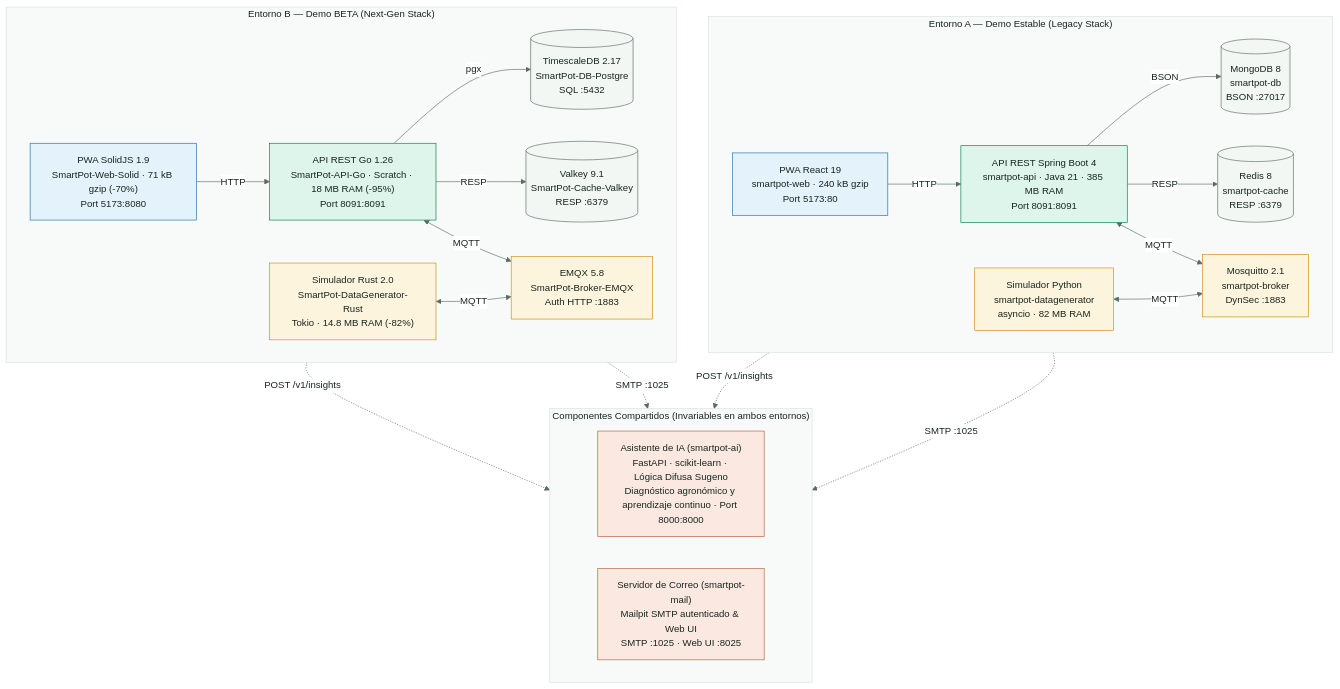
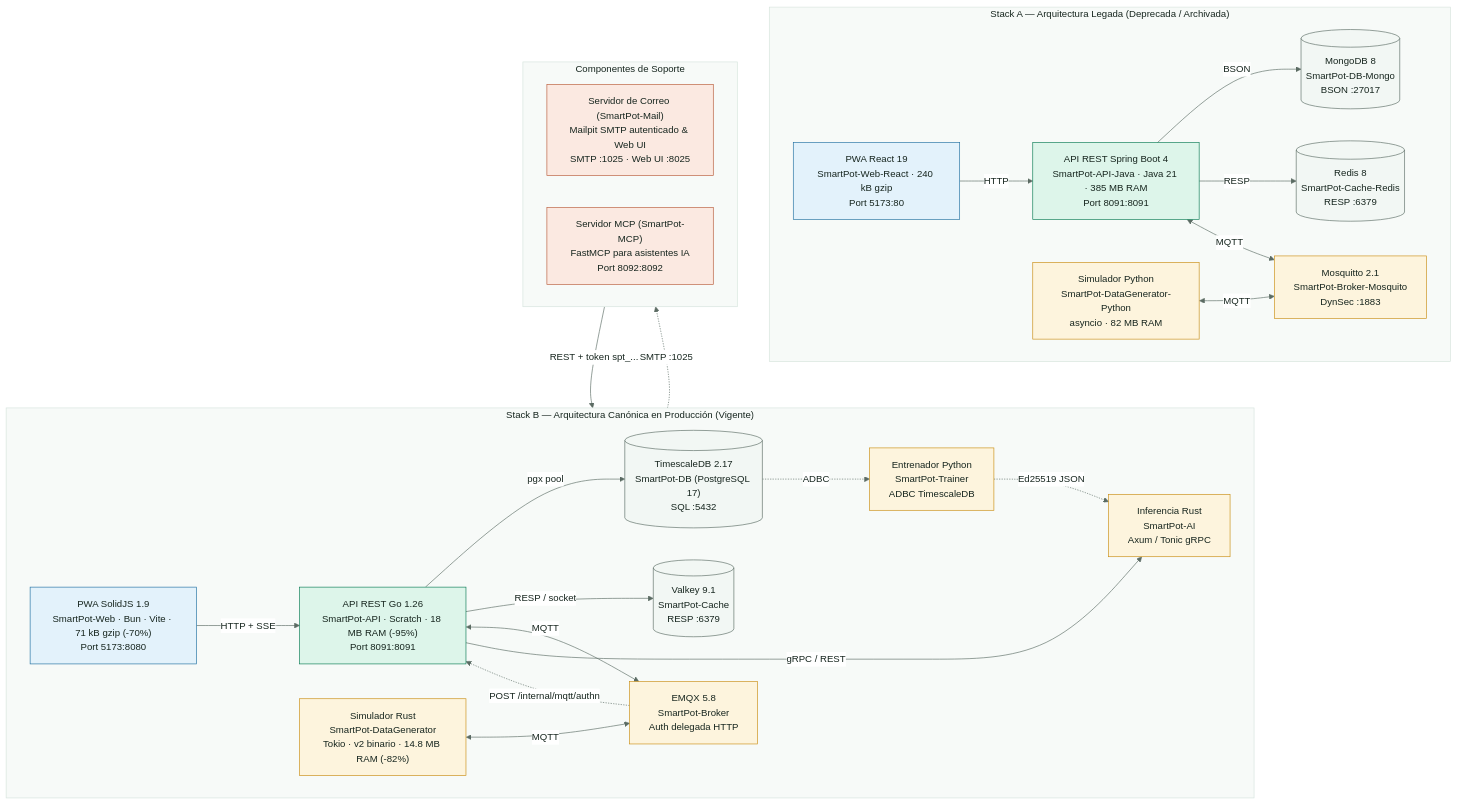
Before and after one commit to SmartPotTech/.github: the first of 3 diagrams in docs/SmartPot_QA_Audit_AB.md, drawn with Mermaid. The commit also changed other lines of this file and 21 other files, not shown here.

Commit message:
Update platform documentation and architecture diagrams for production Stack B [skip deploy] #no-deploy

````diff
--- a/docs/SmartPot_QA_Audit_AB.md
+++ b/docs/SmartPot_QA_Audit_AB.md
@@ -71,58 +71,62 @@
 ```mermaid
 %%{init: {"theme": "base", "fontFamily": "Segoe UI, Arial, sans-serif", "themeVariables": {"fontFamily": "Segoe UI, Arial, sans-serif", "fontSize": "15px", "primaryColor": "#DDF5EA", "primaryTextColor": "#17261F", "primaryBorderColor": "#067A52", "secondaryColor": "#E3F2FB", "secondaryTextColor": "#17261F", "secondaryBorderColor": "#1F6FA0", "tertiaryColor": "#F2F7F4", "tertiaryTextColor": "#17261F", "tertiaryBorderColor": "#D5E3DC", "lineColor": "#5B6B63", "textColor": "#17261F", "mainBkg": "#DDF5EA", "nodeBorder": "#067A52", "clusterBkg": "#F7FAF8", "clusterBorder": "#D5E3DC", "edgeLabelBackground": "#FFFFFF", "actorBkg": "#067A52", "actorBorder": "#0B3D2B", "actorTextColor": "#FFFFFF", "actorLineColor": "#5B6B63", "signalColor": "#17261F", "signalTextColor": "#17261F", "labelBoxBkgColor": "#0B3D2B", "labelBoxBorderColor": "#0B3D2B", "labelTextColor": "#FFFFFF", "loopTextColor": "#0B3D2B", "noteBkgColor": "#FDF4DD", "noteBorderColor": "#C98D12", "noteTextColor": "#17261F", "activationBkgColor": "#DDF5EA", "activationBorderColor": "#067A52", "attributeBackgroundColorOdd": "#FFFFFF", "attributeBackgroundColorEven": "#F2F7F4"}}}%%
 flowchart TB
-  subgraph STACK_A["Entorno A — Demo Estable (Legacy Stack)"]
+  subgraph STACK_A["Stack A — Arquitectura Legada (Deprecada / Archivada)"]
     direction LR
-    A_WEB["PWA React 19<br/>smartpot-web · 240 kB gzip<br/>Port 5173:80"]
-    A_API["API REST Spring Boot 4<br/>smartpot-api · Java 21 · 385 MB RAM<br/>Port 8091:8091"]
-    A_DB[("MongoDB 8<br/>smartpot-db<br/>BSON :27017")]
-    A_CACHE[("Redis 8<br/>smartpot-cache<br/>RESP :6379")]
-    A_BROKER["Mosquitto 2.1<br/>smartpot-broker<br/>DynSec :1883"]
-    A_SIM["Simulador Python<br/>smartpot-datagenerator<br/>asyncio · 82 MB RAM"]
+    A_WEB["PWA React 19<br/>SmartPot-Web-React · 240 kB gzip<br/>Port 5173:80"]
+    A_API["API REST Spring Boot 4<br/>SmartPot-API-Java · Java 21 · 385 MB RAM<br/>Port 8091:8091"]
+    A_DB[("MongoDB 8<br/>SmartPot-DB-Mongo<br/>BSON :27017")]
+    A_CACHE[("Redis 8<br/>SmartPot-Cache-Redis<br/>RESP :6379")]
+    A_BROKER["Mosquitto 2.1<br/>SmartPot-Broker-Mosquito<br/>DynSec :1883"]
+    A_SIM["Simulador Python<br/>SmartPot-DataGenerator-Python<br/>asyncio · 82 MB RAM"]
 
     A_WEB -->|HTTP| A_API
     A_API -->|BSON| A_DB
     A_API -->|RESP| A_CACHE
     A_API <-->|MQTT| A_BROKER
     A_SIM <-->|MQTT| A_BROKER
   end
 
-  subgraph SHARED["Componentes Compartidos (Invariables en ambos entornos)"]
+  subgraph STACK_B["Stack B — Arquitectura Canónica en Producción (Vigente)"]
     direction LR
-    S_AI["Asistente de IA (smartpot-ai)<br/>FastAPI · scikit-learn · Lógica Difusa Sugeno<br/>Diagnóstico agronómico y aprendizaje continuo · Port 8000:8000"]
-    S_MAIL["Servidor de Correo (smartpot-mail)<br/>Mailpit SMTP autenticado & Web UI<br/>SMTP :1025 · Web UI :8025"]
+    B_WEB["PWA SolidJS 1.9<br/>SmartPot-Web · Bun · Vite · 71 kB gzip (-70%)<br/>Port 5173:8080"]
+    B_API["API REST Go 1.26<br/>SmartPot-API · Scratch · 18 MB RAM (-95%)<br/>Port 8091:8091"]
+    B_DB[("TimescaleDB 2.17<br/>SmartPot-DB (PostgreSQL 17)<br/>SQL :5432")]
+    B_CACHE[("Valkey 9.1<br/>SmartPot-Cache<br/>RESP :6379")]
+    B_BROKER["EMQX 5.8<br/>SmartPot-Broker<br/>Auth delegada HTTP"]
+    B_SIM["Simulador Rust<br/>SmartPot-DataGenerator<br/>Tokio · v2 binario · 14.8 MB RAM (-82%)"]
+    B_AI["Inferencia Rust<br/>SmartPot-AI<br/>Axum / Tonic gRPC"]
+    B_TRAINER["Entrenador Python<br/>SmartPot-Trainer<br/>ADBC TimescaleDB"]
+
+    B_WEB -->|HTTP + SSE| B_API
+    B_API -->|pgx pool| B_DB
+    B_API -->|RESP / socket| B_CACHE
+    B_API <-->|MQTT| B_BROKER
+    B_BROKER -.->|POST /internal/mqtt/authn| B_API
+    B_SIM <-->|MQTT| B_BROKER
+    B_API -->|gRPC / REST| B_AI
+    B_DB -.->|ADBC| B_TRAINER
+    B_TRAINER -.->|Ed25519 JSON| B_AI
   end
 
-  subgraph STACK_B["Entorno B — Demo BETA (Next-Gen Stack)"]
+  subgraph SHARED["Componentes de Soporte"]
     direction LR
-    B_WEB["PWA SolidJS 1.9<br/>SmartPot-Web-Solid · 71 kB gzip (-70%)<br/>Port 5173:8080"]
-    B_API["API REST Go 1.26<br/>SmartPot-API-Go · Scratch · 18 MB RAM (-95%)<br/>Port 8091:8091"]
-    B_DB[("TimescaleDB 2.17<br/>SmartPot-DB-Postgre<br/>SQL :5432")]
-    B_CACHE[("Valkey 9.1<br/>SmartPot-Cache-Valkey<br/>RESP :6379")]
-    B_BROKER["EMQX 5.8<br/>SmartPot-Broker-EMQX<br/>Auth HTTP :1883"]
-    B_SIM["Simulador Rust 2.0<br/>SmartPot-DataGenerator-Rust<br/>Tokio · 14.8 MB RAM (-82%)"]
-
-    B_WEB -->|HTTP| B_API
-    B_API -->|pgx| B_DB
-    B_API -->|RESP| B_CACHE
-    B_API <-->|MQTT| B_BROKER
-    B_SIM <-->|MQTT| B_BROKER
+    S_MAIL["Servidor de Correo (SmartPot-Mail)<br/>Mailpit SMTP autenticado & Web UI<br/>SMTP :1025 · Web UI :8025"]
+    S_MCP["Servidor MCP (SmartPot-MCP)<br/>FastMCP para asistentes IA<br/>Port 8092:8092"]
   end
 
-  A_API -.->|POST /v1/insights| S_AI
-  A_API -.->|SMTP :1025| S_MAIL
-  B_API -.->|POST /v1/insights| S_AI
   B_API -.->|SMTP :1025| S_MAIL
+  S_MCP -->|REST + token spt_...| B_API
 
   classDef core fill:#DDF5EA,stroke:#067A52,color:#17261F
   classDef platform fill:#E3F2FB,stroke:#1F6FA0,color:#17261F
   classDef store fill:#F2F7F4,stroke:#5B6B63,color:#17261F
   classDef device fill:#FDF4DD,stroke:#C98D12,color:#17261F
   classDef shared fill:#FBE9E1,stroke:#B85A38,color:#17261F
 
   class A_API,B_API core
   class A_WEB,B_WEB platform
   class A_DB,B_DB,A_CACHE,B_CACHE store
-  class A_BROKER,B_BROKER,A_SIM,B_SIM device
-  class S_AI,S_MAIL shared
+  class A_BROKER,B_BROKER,A_SIM,B_SIM,B_AI,B_TRAINER device
+  class S_MCP,S_MAIL shared
 ```
````
